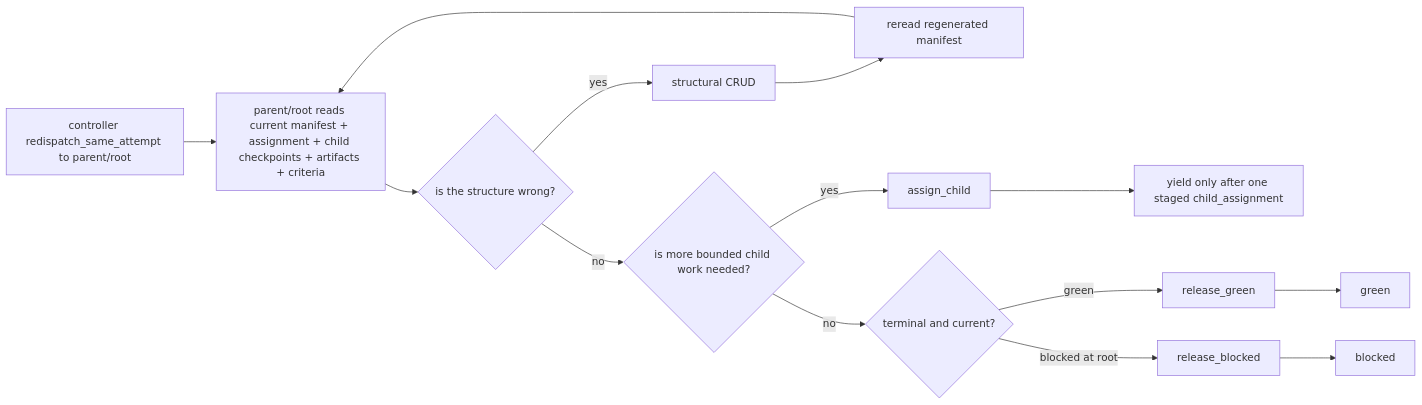
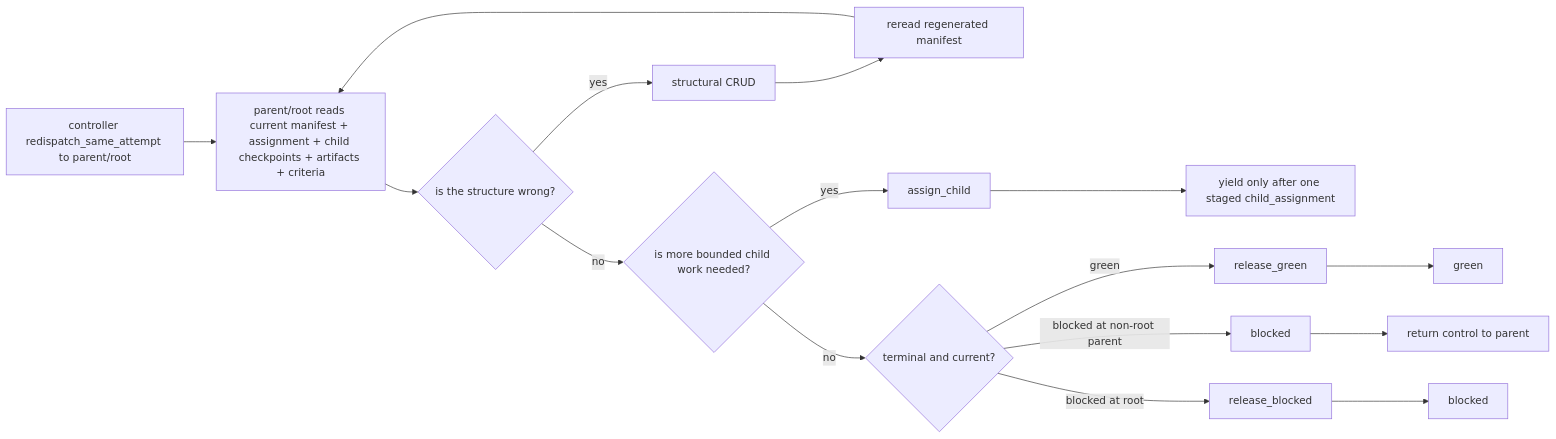
The diagram in docs-internal/design/v1/workflows/parent-root-release-and-closure.md (ringlochid/AutoClaw), drawn with Mermaid before and after one commit. The commit also changed other lines of this file and 38 other files, not shown here.

Commit message:
fix: Allow non-root parent blocked boundary

````diff
--- a/docs-internal/design/v1/workflows/parent-root-release-and-closure.md
+++ b/docs-internal/design/v1/workflows/parent-root-release-and-closure.md
@@ -33,16 +34,18 @@
 ```mermaid
 flowchart LR
     A["controller redispatch_same_attempt to parent/root"] --> B["parent/root reads current manifest + assignment + child checkpoints + artifacts + criteria"]
     B --> C{"is the structure wrong?"}
     C -- yes --> D["structural CRUD"]
     D --> E["reread regenerated manifest"]
     E --> B
     C -- no --> F{"is more bounded child work needed?"}
     F -- yes --> G["assign_child"]
     G --> H["yield only after one staged child_assignment"]
     F -- no --> I{"terminal and current?"}
     I -- green --> J["release_green"]
     J --> K["green"]
+    I -- blocked at non-root parent --> N["blocked"]
+    N --> O["return control to parent"]
     I -- blocked at root --> L["release_blocked"]
     L --> M["blocked"]
 ```
````
